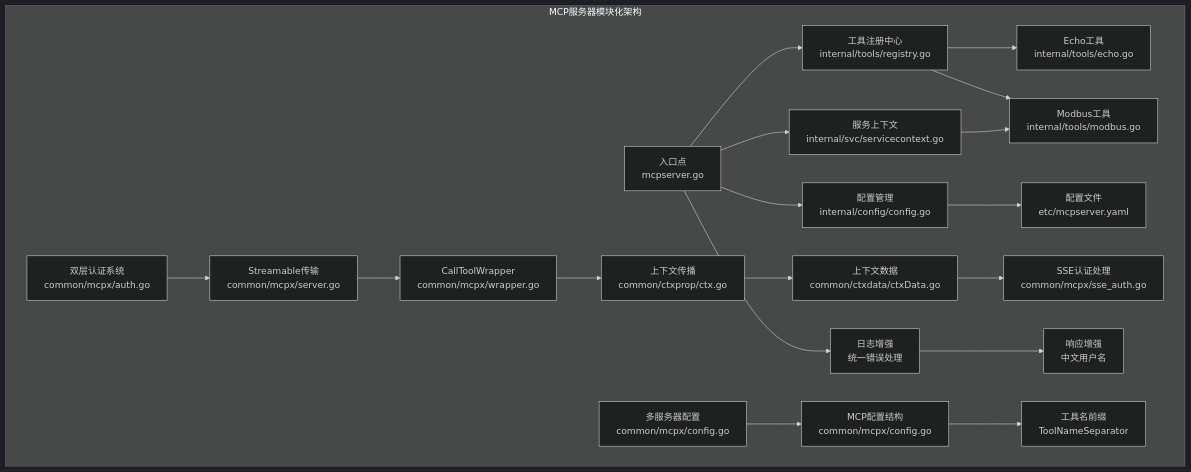
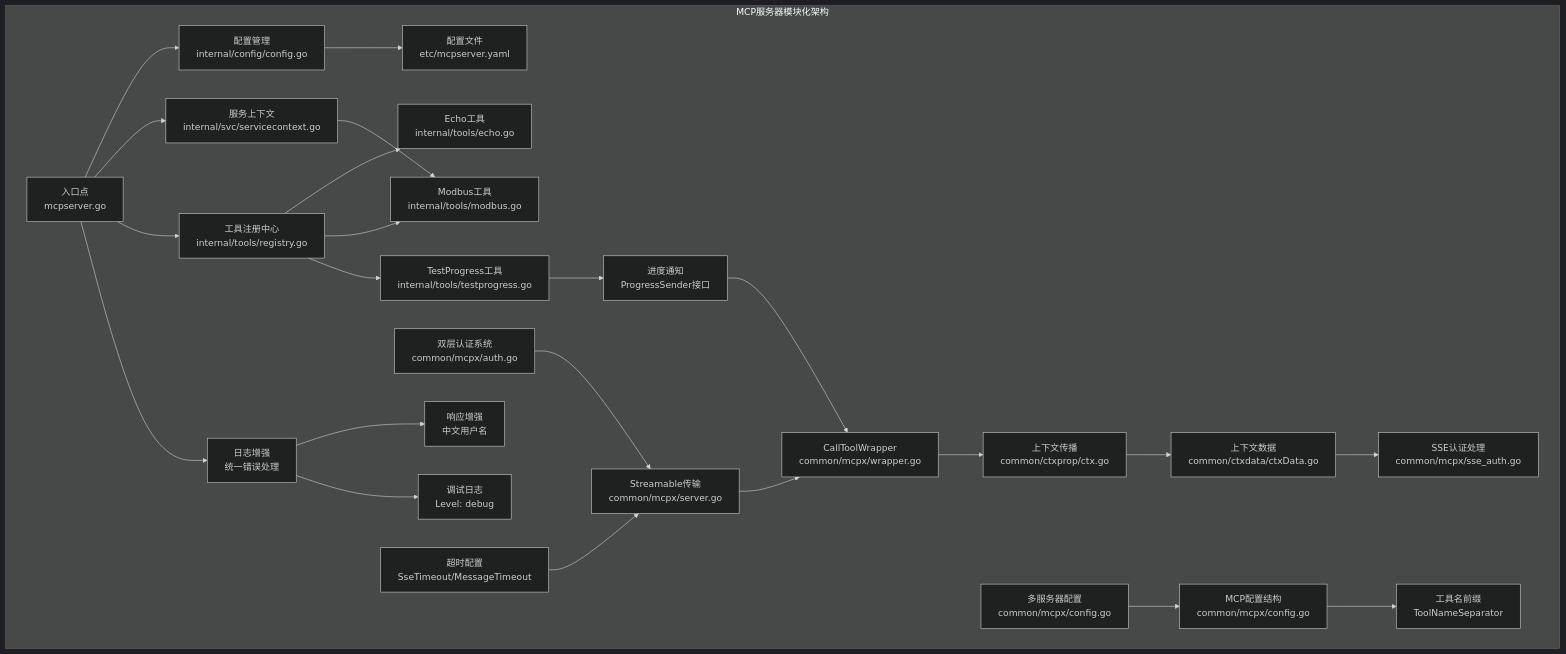
One commit to maomao94/zero-service changed the first of 18 diagrams in .qoder/repowiki/zh/content/AI应用模块/MCP服务器.md. Above: the diagram before and after it, drawn with Mermaid (dark theme). The commit also changed other lines of this file and 42 other files, not shown here.

````diff
--- a/.qoder/repowiki/zh/content/AI应用模块/MCP服务器.md
+++ b/.qoder/repowiki/zh/content/AI应用模块/MCP服务器.md
@@ -133,39 +140,48 @@
 ```mermaid
 graph TB
 subgraph "MCP服务器模块化架构"
 CFG["配置管理<br/>internal/config/config.go"]
 CTX["服务上下文<br/>internal/svc/servicecontext.go"]
 REG["工具注册中心<br/>internal/tools/registry.go"]
 ECHO["Echo工具<br/>internal/tools/echo.go"]
 MODBUS["Modbus工具<br/>internal/tools/modbus.go"]
+TESTPROGRESS["TestProgress工具<br/>internal/tools/testprogress.go"]
 ENTRY["入口点<br/>mcpserver.go"]
 CONF["配置文件<br/>etc/mcpserver.yaml"]
 AUTH["双层认证系统<br/>common/mcpx/auth.go"]
 STREAM["Streamable传输<br/>common/mcpx/server.go"]
 WRAPPER["CallToolWrapper<br/>common/mcpx/wrapper.go"]
 CTXPROP["上下文传播<br/>common/ctxprop/ctx.go"]
 CTXDATA["上下文数据<br/>common/ctxdata/ctxData.go"]
 SSEAUTH["SSE认证处理<br/>common/mcpx/sse_auth.go"]
 MSERVER["多服务器配置<br/>common/mcpx/config.go"]
 MCPCFG["MCP配置结构<br/>common/mcpx/config.go"]
 ENDPOINT["工具名前缀<br/>ToolNameSeparator"]
 LOGENHANCE["日志增强<br/>统一错误处理"]
 RESPONSE["响应增强<br/>中文用户名"]
+DEBUGLOG["调试日志<br/>Level: debug"]
+PROGRESS["进度通知<br/>ProgressSender接口"]
+TIMEOUT["超时配置<br/>SseTimeout/MessageTimeout"]
 end
 ENTRY --> CFG
 ENTRY --> CTX
 ENTRY --> REG
 REG --> ECHO
 REG --> MODBUS
+REG --> TESTPROGRESS
 CTX --> MODBUS
 CFG --> CONF
 AUTH --> STREAM
 STREAM --> WRAPPER
 WRAPPER --> CTXPROP
 CTXPROP --> CTXDATA
 CTXDATA --> SSEAUTH
 ENTRY --> LOGENHANCE
 LOGENHANCE --> RESPONSE
+LOGENHANCE --> DEBUGLOG
 MSERVER --> MCPCFG
 MCPCFG --> ENDPOINT
+TESTPROGRESS --> PROGRESS
+PROGRESS --> WRAPPER
+TIMEOUT --> STREAM
 ```
````
